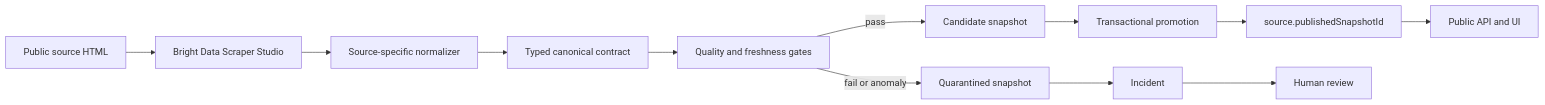
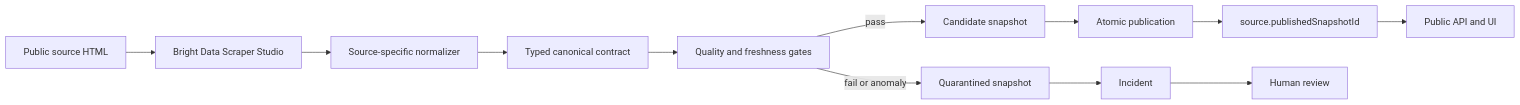
One commit to cmdr-chara/coolpath-live changed the diagram in docs/architecture.md. Above: the diagram before and after it, drawn with Mermaid. The commit also changed other lines of this file and 27 other files, not shown here.

````diff
--- a/docs/architecture.md
+++ b/docs/architecture.md
@@ -19,14 +19,14 @@
 ```mermaid
 flowchart LR
     A["Public source HTML"] --> B["Bright Data Scraper Studio"]
     B --> C["Source-specific normalizer"]
     C --> D["Typed canonical contract"]
     D --> E["Quality and freshness gates"]
     E -->|"pass"| F["Candidate snapshot"]
-    F --> G["Transactional promotion"]
+    F --> G["Atomic publication"]
     G --> H["source.publishedSnapshotId"]
     H --> I["Public API and UI"]
     E -->|"fail or anomaly"| J["Quarantined snapshot"]
     J --> K["Incident"]
     K --> L["Human review"]
 ```
````
